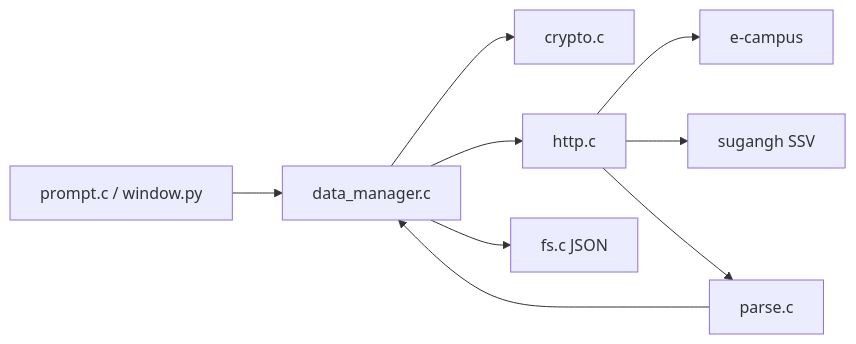
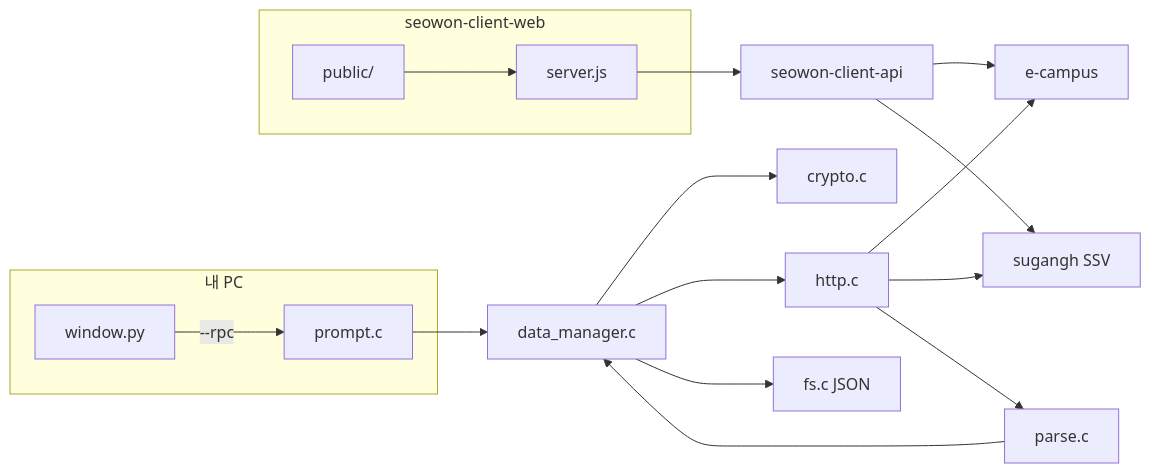
One commit to hy040504/seowon-cli changed the diagram in README.md. Above: the diagram before and after it, drawn with Mermaid. The commit also changed other lines of this file and 15 other files, not shown here.

````diff
--- a/README.md
+++ b/README.md
@@ -191,11 +260,24 @@
 ```mermaid
 flowchart LR
-  A["prompt.c / window.py"] --> B[data_manager.c]
-  B --> C[crypto.c]
-  B --> D[http.c]
-  D --> E[e-campus]
-  D --> H[sugangh SSV]
-  D --> F[parse.c]
-  F --> B
-  B --> G[fs.c JSON]
+  subgraph local["내 PC"]
+    TUI["prompt.c"]
+    GUI["window.py"]
+  end
+  subgraph web["seowon-client-web"]
+    PAGE["public/"]
+    SRV["server.js"]
+  end
+  TUI --> DM[data_manager.c]
+  GUI -->|"--rpc"| TUI
+  PAGE --> SRV
+  SRV --> API[seowon-client-api]
+  DM --> C[crypto.c]
+  DM --> H[http.c]
+  H --> EC[e-campus]
+  H --> SG[sugangh SSV]
+  H --> P[parse.c]
+  P --> DM
+  DM --> FS[fs.c JSON]
+  API --> EC
+  API --> SG
 ```
````
